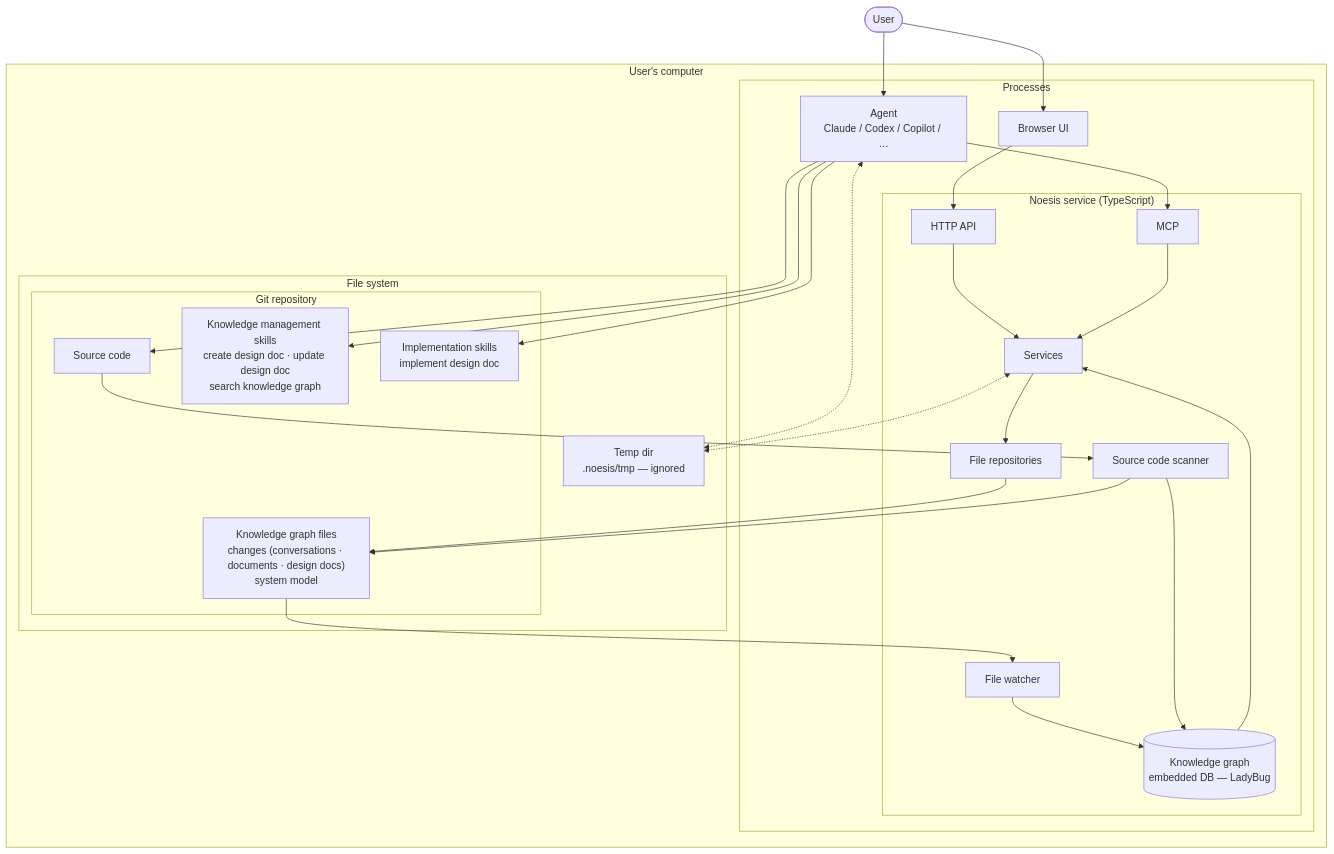
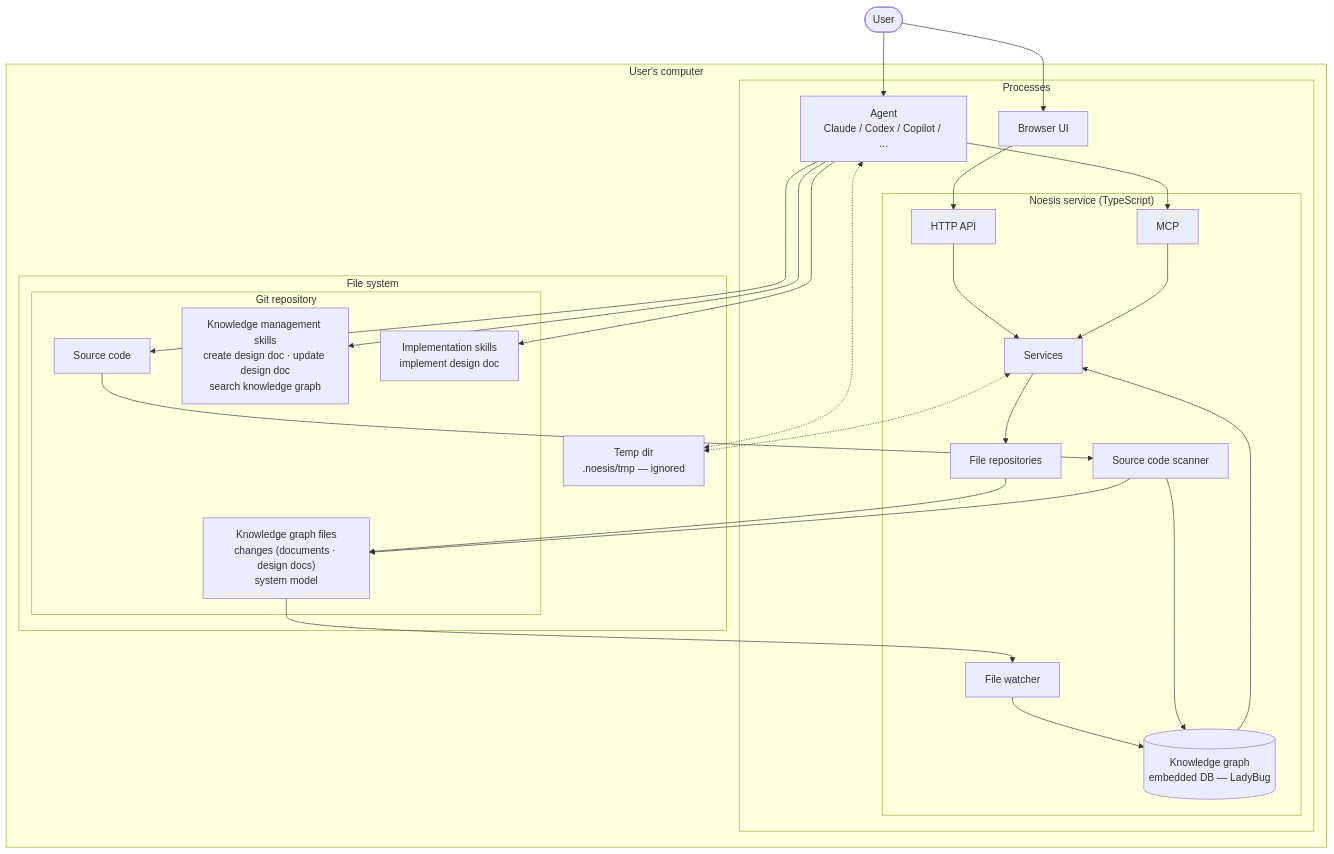
Before and after one commit to NoesisVision/noesis: the diagram in docs/arch/ARCHITECTURE.md, drawn with Mermaid. The commit also changed other lines of this file and 16 other files, not shown here.

````diff
--- a/docs/arch/ARCHITECTURE.md
+++ b/docs/arch/ARCHITECTURE.md
@@ -13,50 +13,50 @@
 ```mermaid
 flowchart TB
     user([User])
 
     subgraph computer["User's computer"]
         subgraph processes["Processes"]
             ui["Browser UI"]
             agent["Agent<br/>Claude / Codex / Copilot / …"]
 
             subgraph noesis["Noesis service (TypeScript)"]
                 api["HTTP API"]
                 mcp["MCP"]
                 services["Services"]
                 kgdb[("Knowledge graph<br/>embedded DB — LadyBug")]
                 repos["File repositories"]
                 watcher["File watcher"]
                 scanner["Source code scanner"]
             end
         end
 
         subgraph filesystem["File system"]
             tmp["Temp dir<br/>.noesis/tmp — ignored"]
 
             subgraph repo["Git repository"]
                 src["Source code"]
-                kg["Knowledge graph files<br/>changes (conversations · documents · design docs)<br/>system model"]
+                kg["Knowledge graph files<br/>changes (documents · design docs)<br/>system model"]
                 kskills["Knowledge management skills<br/>create design doc · update design doc<br/>search knowledge graph"]
                 iskills["Implementation skills<br/>implement design doc"]
             end
         end
     end
 
     user --> ui
     user --> agent
 
     ui --> api --> services
     agent --> mcp --> services
     agent <-.-> tmp
     services <-.-> tmp
 
     agent --> kskills
     agent --> iskills
     agent --> src
 
     services --> repos --> kg
     kg --> watcher --> kgdb
     kgdb --> services
     src --> scanner --> kgdb
     scanner --> kg
 ```
````
